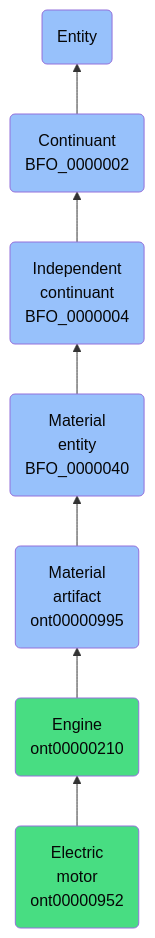
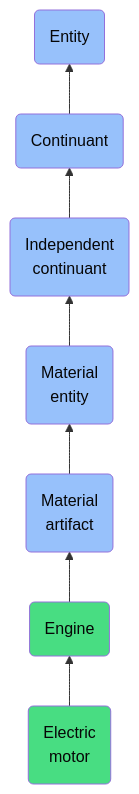
One commit to jupyter-naas/abi changed the diagram in docs/ontology/reference/model/Entity/Continuant/Independent continuant/Material entity/Material artifact/Engine/Electric motor/Electric motor.md. Above: the diagram before and after it, drawn with Mermaid. The commit also changed other lines of this file and 1430 other files, not shown here.

````diff
--- a/docs/ontology/reference/model/Entity/Continuant/Independent continuant/Material entity/Material artifact/Engine/Electric motor/Electric motor.md
+++ b/docs/ontology/reference/model/Entity/Continuant/Independent continuant/Material entity/Material artifact/Engine/Electric motor/Electric motor.md
@@ -24,14 +24,14 @@
 ```mermaid
 graph BT
-    ont00000952(Electric<br>motor<br>ont00000952):::ABI-->ont00000210
-    ont00000210(Engine<br>ont00000210):::ABI-->ont00000995
-    ont00000995(Material<br>artifact<br>ont00000995):::BFO-->BFO_0000040
-    BFO_0000040(Material<br>entity<br>BFO_0000040):::BFO-->BFO_0000004
-    BFO_0000004(Independent<br>continuant<br>BFO_0000004):::BFO-->BFO_0000002
-    BFO_0000002(Continuant<br>BFO_0000002):::BFO-->BFO_0000001
+    ont00000952(Electric<br>motor):::ABI-->ont00000210
+    ont00000210(Engine):::ABI-->ont00000995
+    ont00000995(Material<br>artifact):::BFO-->BFO_0000040
+    BFO_0000040(Material<br>entity):::BFO-->BFO_0000004
+    BFO_0000004(Independent<br>continuant):::BFO-->BFO_0000002
+    BFO_0000002(Continuant):::BFO-->BFO_0000001
     BFO_0000001(Entity):::BFO
     
     classDef BFO fill:#97c1fb,color:#060606
     classDef CCO fill:#e4c51e,color:#060606
     classDef ABI fill:#48DD82,color:#060606
 ```
````
